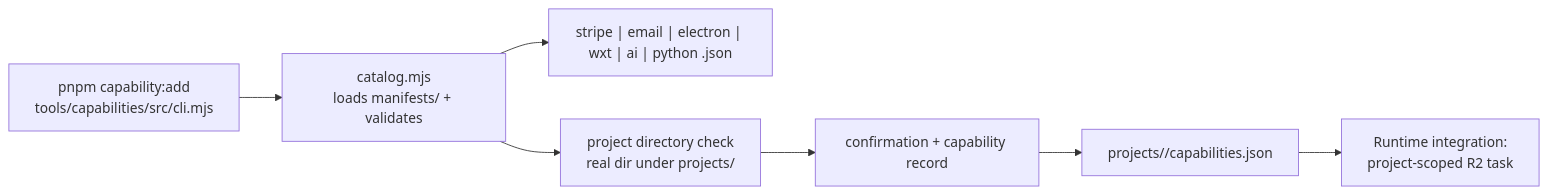
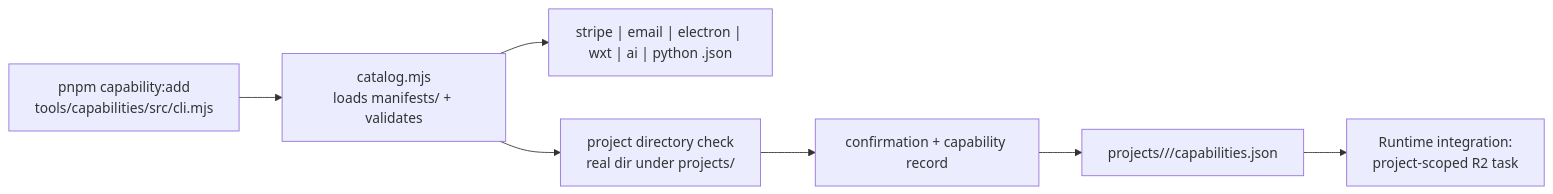
The diagram in sentrawiki/features/capability-packs.md (drferdi/Monorepo-safrs), drawn with Mermaid before and after one commit. The commit also changed other lines of this file and 81 other files, not shown here.

First line of the commit message:
feat: group project capsules by domain

````diff
--- a/sentrawiki/features/capability-packs.md
+++ b/sentrawiki/features/capability-packs.md
@@ -76,17 +76,17 @@
 ```mermaid
 graph LR
     CLI["pnpm capability:add<br/>tools/capabilities/src/cli.mjs"]
     CAT["catalog.mjs<br/>loads manifests/ + validates"]
     MF["stripe | email | electron | wxt | ai | python .json"]
     P["project directory check<br/>real dir under projects/"]
     CI["confirmation + capability record"]
-    CAP["projects/<project>/capabilities.json"]
+    CAP["projects/<domain>/<capsule>/capabilities.json"]
     RT["Runtime integration:<br/>project-scoped R2 task"]
 
     CLI --> CAT
     CAT --> MF
     CAT --> P
     P --> CI
     CI --> CAP
     CAP --> RT
 ```
````
